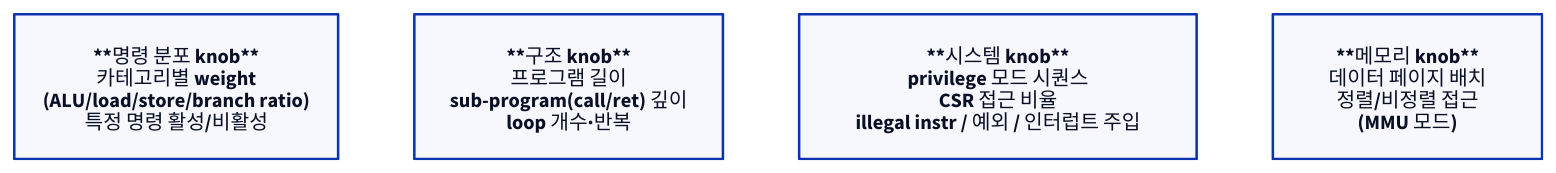
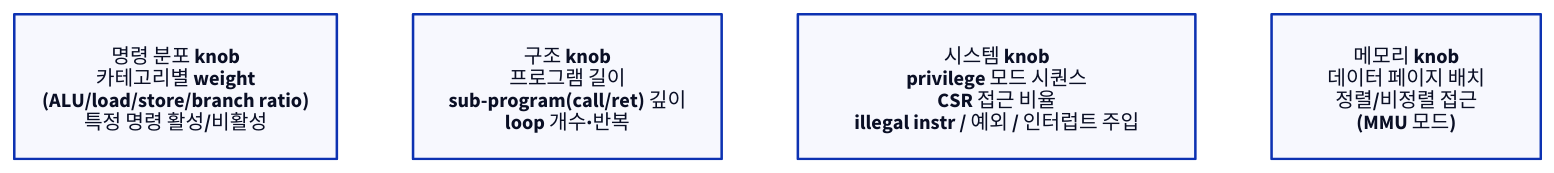
The third of 3 diagrams in starlight_site/src/content/docs/cpu_dv/05_riscv_dv_stimulus.md (humbleowl39/DV_SKOOL), drawn with D2 before and after one commit. The commit also changed other lines of this file and 714 other files, not shown here.

First line of the commit message:
fix(site): d2 다이어그램 가독성 결함 6종 일괄 수정

````diff
--- a/starlight_site/src/content/docs/cpu_dv/05_riscv_dv_stimulus.md
+++ b/starlight_site/src/content/docs/cpu_dv/05_riscv_dv_stimulus.md
@@ -176,8 +176,8 @@
 ```d2
 direction: down
 
-K1: "**명령 분포 knob**\n카테고리별 weight\n(ALU/load/store/branch ratio)\n특정 명령 활성/비활성"
-K2: "**구조 knob**\n프로그램 길이\nsub-program(call/ret) 깊이\nloop 개수·반복"
-K3: "**시스템 knob**\nprivilege 모드 시퀀스\nCSR 접근 비율\nillegal instr / 예외 / 인터럽트 주입"
-K4: "**메모리 knob**\n데이터 페이지 배치\n정렬/비정렬 접근\n(MMU 모드)"
+K1: "명령 분포 knob\n카테고리별 weight\n(ALU/load/store/branch ratio)\n특정 명령 활성/비활성"
+K2: "구조 knob\n프로그램 길이\nsub-program(call/ret) 깊이\nloop 개수·반복"
+K3: "시스템 knob\nprivilege 모드 시퀀스\nCSR 접근 비율\nillegal instr / 예외 / 인터럽트 주입"
+K4: "메모리 knob\n데이터 페이지 배치\n정렬/비정렬 접근\n(MMU 모드)"
 ```
````
